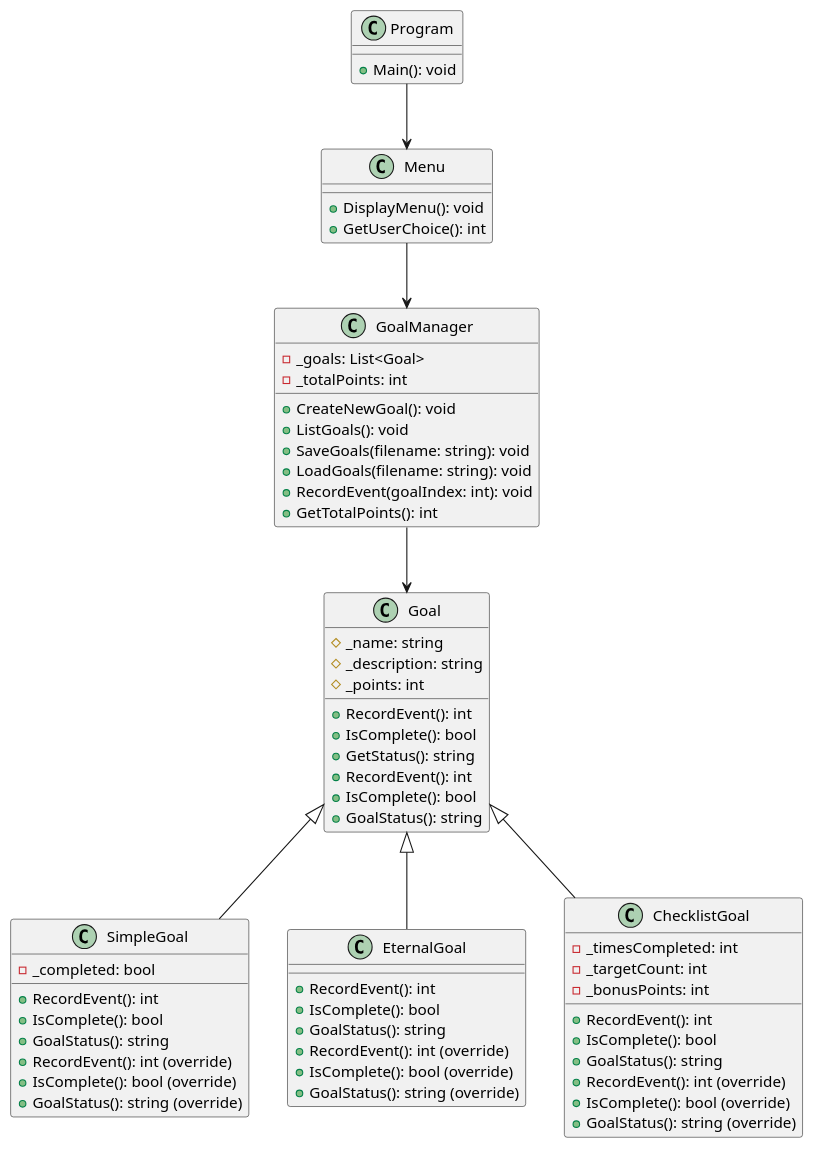
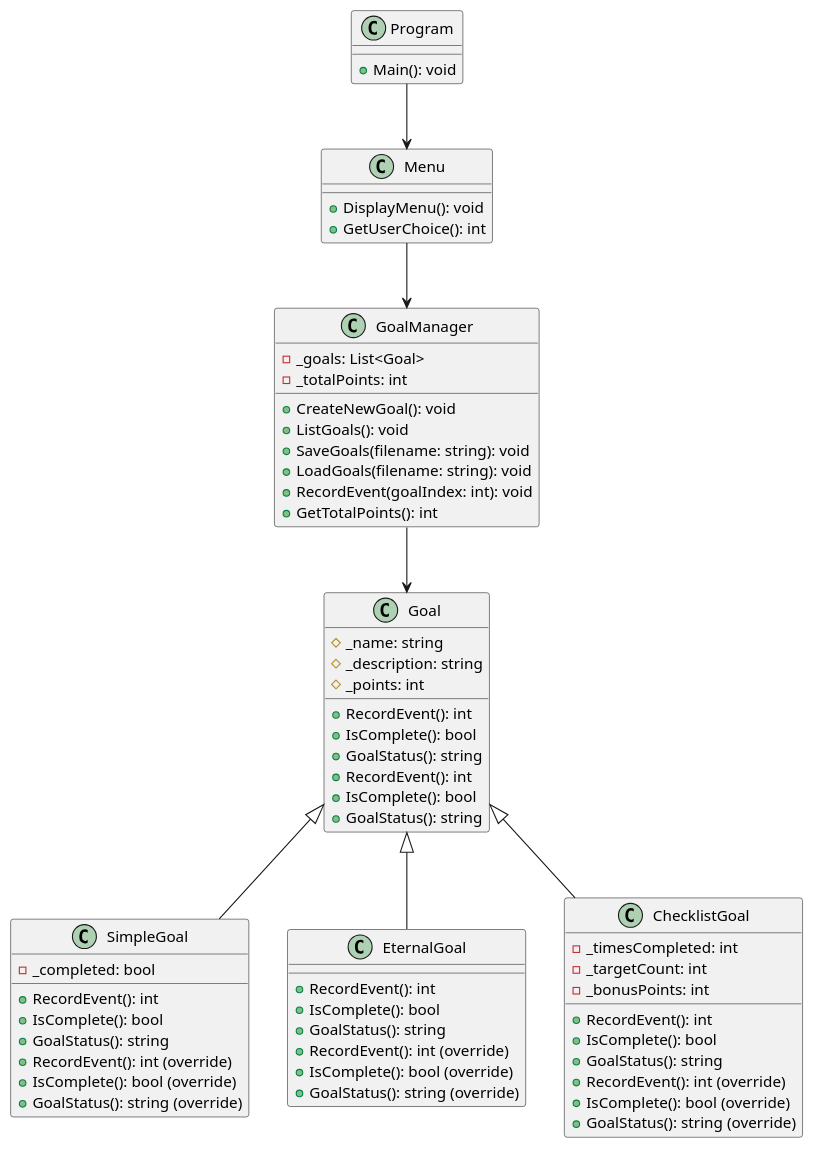
The diagram in prove/Develop05/eternal.plantuml (jaredsrice/cse210-assignments), drawn with PlantUML before and after one commit.

Commit message:
forgot to fix one aspect of the code

```diff
--- a/prove/Develop05/eternal.plantuml
+++ b/prove/Develop05/eternal.plantuml
@@ -1,80 +1,80 @@
 @startuml eternal 
 
 class Program {
     + Main(): void
 }
 
 class Menu {
     + DisplayMenu(): void
     + GetUserChoice(): int
 }
 
 class Goal {
     # _name: string
     # _description: string
     # _points: int
     + RecordEvent(): int
     + IsComplete(): bool
-    + GetStatus(): string
+    + GoalStatus(): string
 }
 
 class SimpleGoal {
     - _completed: bool
     + RecordEvent(): int
     + IsComplete(): bool
     + GoalStatus(): string
 }
 
 class EternalGoal {
     + RecordEvent(): int
     + IsComplete(): bool
     + GoalStatus(): string
 }
 
 class ChecklistGoal {
     - _timesCompleted: int
     - _targetCount: int
     - _bonusPoints: int
     + RecordEvent(): int
     + IsComplete(): bool
     + GoalStatus(): string
 }
 
 class GoalManager {
     - _goals: List<Goal>
     - _totalPoints: int
     + CreateNewGoal(): void
     + ListGoals(): void
     + SaveGoals(filename: string): void
     + LoadGoals(filename: string): void
     + RecordEvent(goalIndex: int): void
     + GetTotalPoints(): int
 }
 
 Program --> Menu
 Menu --> GoalManager
 Goal <|-- SimpleGoal
 Goal <|-- EternalGoal
 Goal <|-- ChecklistGoal
 GoalManager --> Goal
 
 Goal : +RecordEvent(): int
 Goal : +IsComplete(): bool
 Goal : +GoalStatus(): string
 
 SimpleGoal : +RecordEvent(): int (override)
 SimpleGoal : +IsComplete(): bool (override)
 SimpleGoal : +GoalStatus(): string (override)
 
 EternalGoal : +RecordEvent(): int (override)
 EternalGoal : +IsComplete(): bool (override)
 EternalGoal : +GoalStatus(): string (override)
 
 ChecklistGoal : +RecordEvent(): int (override)
 ChecklistGoal : +IsComplete(): bool (override)
 ChecklistGoal : +GoalStatus(): string (override)
 
 ' Just so you're aware, I did ask chat gpt to tell me the syntax
 ' for overriding methods in plantuml because I couldn't find anything otherwise
 
 @enduml
```
